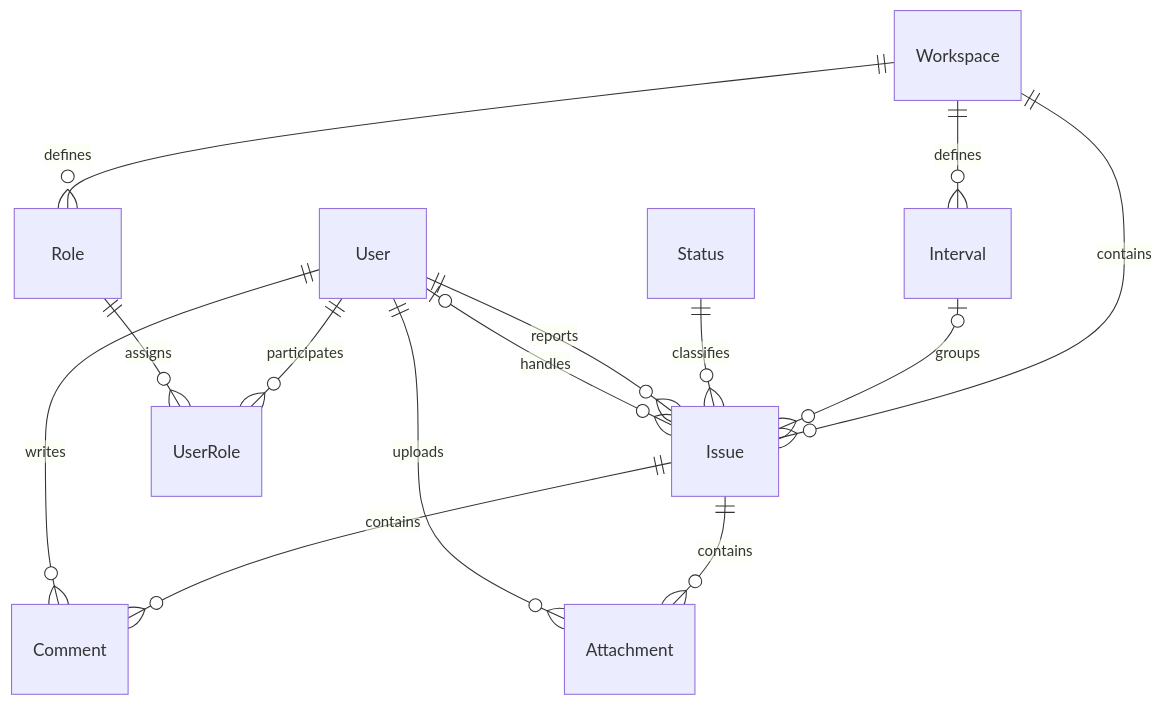
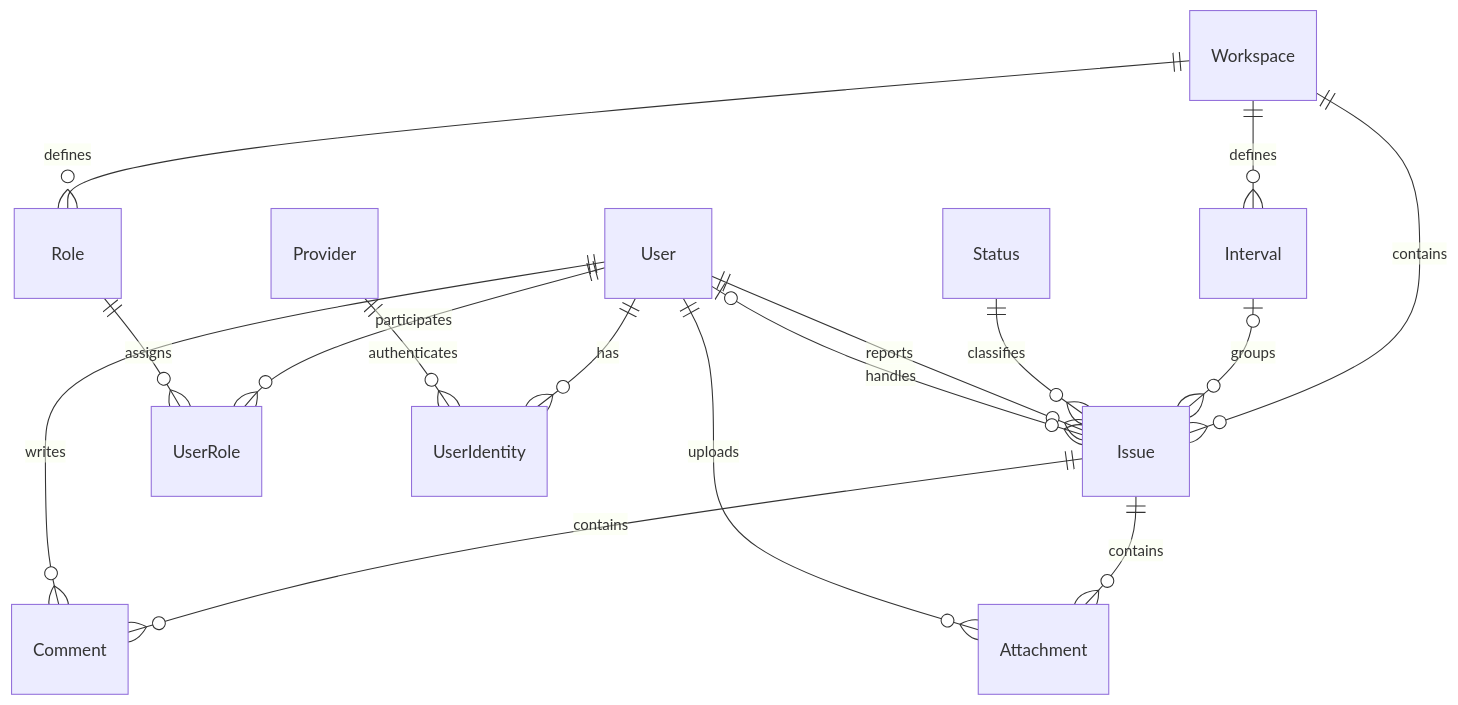
Before and after one commit to adelaine/9l-sre: the diagram in src/content/docs/core/api/datadiagram.md, drawn with Mermaid. The commit also changed other lines of this file and 12 other files, not shown here.

Commit message:
docs: define minimum APIs and external identity schema

````diff
--- a/src/content/docs/core/api/datadiagram.md
+++ b/src/content/docs/core/api/datadiagram.md
@@ -30,16 +32,18 @@
 ```mermaid
 erDiagram
     Workspace ||--o{ Issue : contains
     Workspace ||--o{ Interval : defines
     Interval o|--o{ Issue : groups
     Status ||--o{ Issue : classifies
     User ||--o{ Issue : reports
     User o|--o{ Issue : handles
     Issue ||--o{ Comment : contains
     User ||--o{ Comment : writes
     Issue ||--o{ Attachment : contains
     User ||--o{ Attachment : uploads
     Workspace ||--o{ Role : defines
     User ||--o{ UserRole : participates
     Role ||--o{ UserRole : assigns
+    User ||--o{ UserIdentity : has
+    Provider ||--o{ UserIdentity : authenticates
 ```
````
